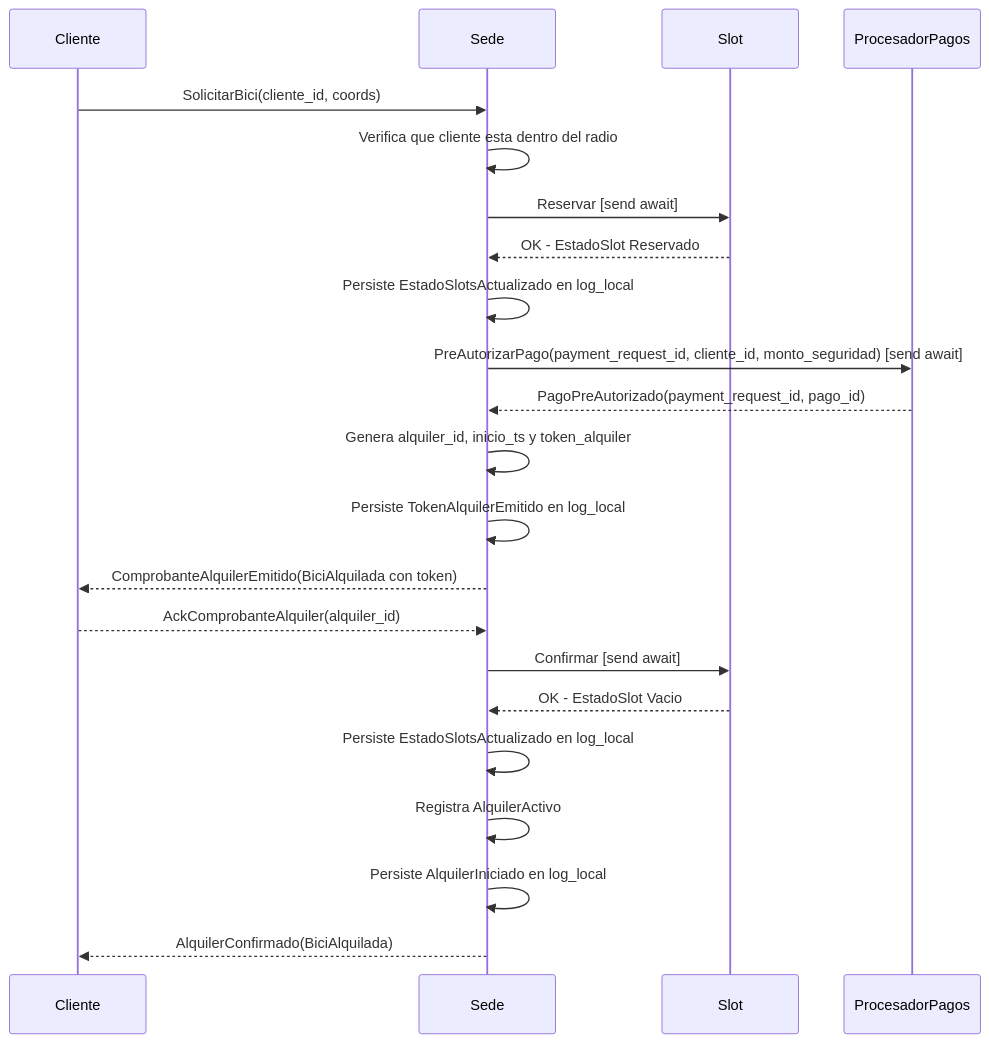
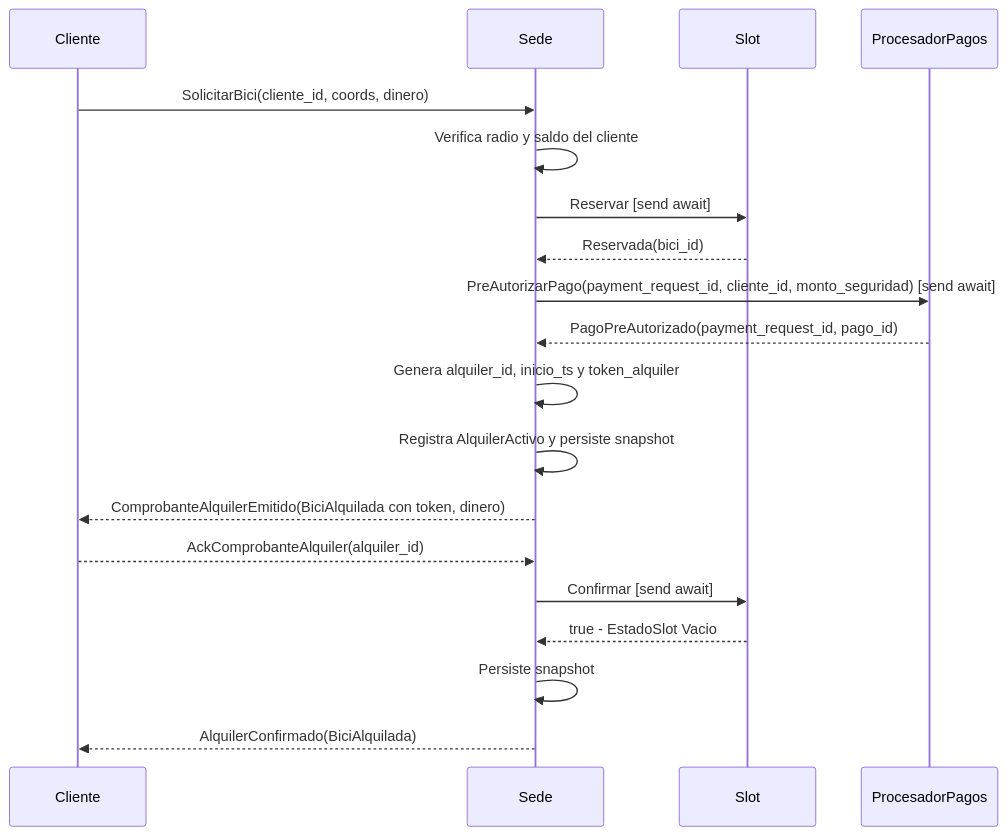
Before and after one commit to Jmenechian/distributed-bike-sharing: the second of 14 diagrams in README.md, drawn with Mermaid. The commit also changed other lines of this file, not shown here.

Commit message:
docs(readme): actualizacion del README.md

````diff
--- a/README.md
+++ b/README.md
@@ -1102,28 +955,25 @@
 ```mermaid
 sequenceDiagram
     participant Cliente
     participant Sede
     participant Slot
     participant ProcesadorPagos
 
-    Cliente->>Sede: SolicitarBici(cliente_id, coords)
-    Sede->>Sede: Verifica que cliente esta dentro del radio
+    Cliente->>Sede: SolicitarBici(cliente_id, coords, dinero)
+    Sede->>Sede: Verifica radio y saldo del cliente
     Sede->>Slot: Reservar [send await]
-    Slot-->>Sede: OK - EstadoSlot Reservado
-    Sede->>Sede: Persiste EstadoSlotsActualizado en log_local
+    Slot-->>Sede: Reservada(bici_id)
 
     Sede->>ProcesadorPagos: PreAutorizarPago(payment_request_id, cliente_id, monto_seguridad) [send await]
     ProcesadorPagos-->>Sede: PagoPreAutorizado(payment_request_id, pago_id)
 
     Sede->>Sede: Genera alquiler_id, inicio_ts y token_alquiler
-    Sede->>Sede: Persiste TokenAlquilerEmitido en log_local
-    Sede-->>Cliente: ComprobanteAlquilerEmitido(BiciAlquilada con token)
+    Sede->>Sede: Registra AlquilerActivo y persiste snapshot
+    Sede-->>Cliente: ComprobanteAlquilerEmitido(BiciAlquilada con token, dinero)
     Cliente-->>Sede: AckComprobanteAlquiler(alquiler_id)
 
     Sede->>Slot: Confirmar [send await]
-    Slot-->>Sede: OK - EstadoSlot Vacio
-    Sede->>Sede: Persiste EstadoSlotsActualizado en log_local
-    Sede->>Sede: Registra AlquilerActivo
-    Sede->>Sede: Persiste AlquilerIniciado en log_local
+    Slot-->>Sede: true - EstadoSlot Vacio
+    Sede->>Sede: Persiste snapshot
     Sede-->>Cliente: AlquilerConfirmado(BiciAlquilada)
 ```
````
